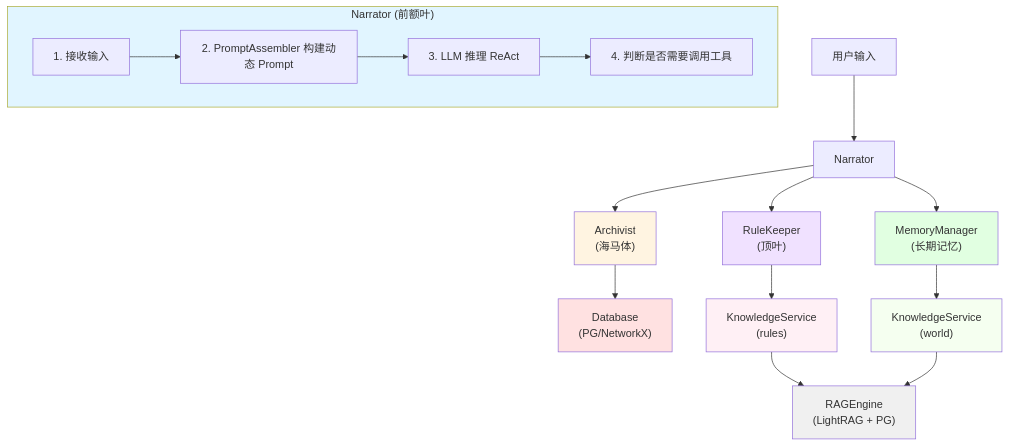
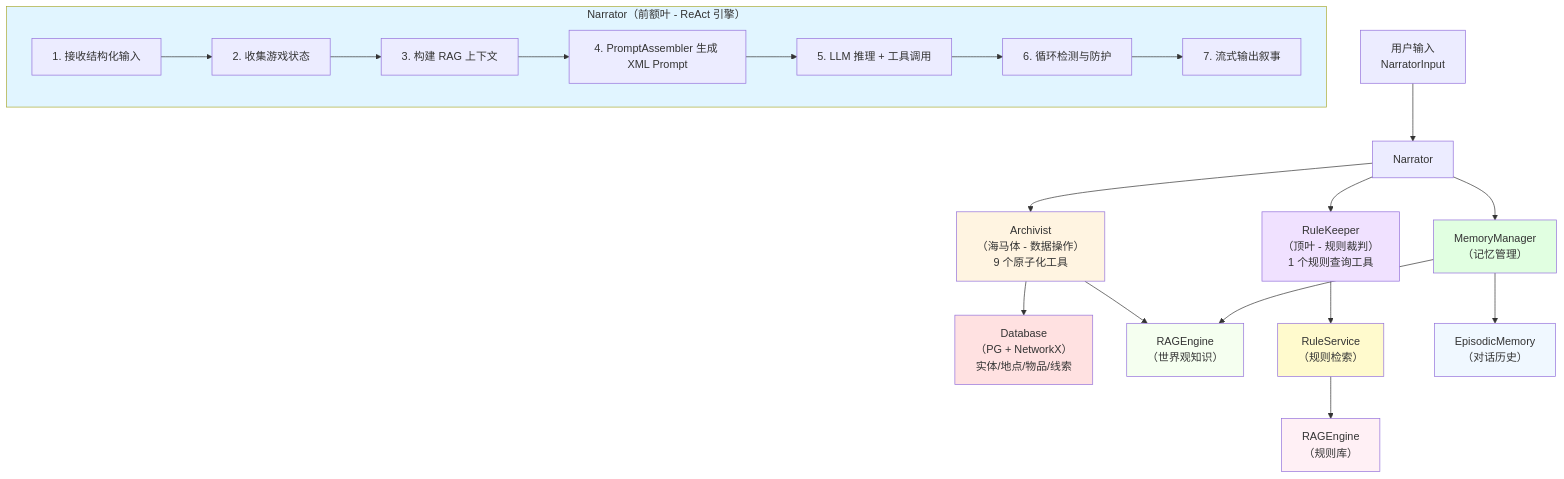
Before and after one commit to pineoncellar/glyphkeeper: the diagram in src/agents/README.md, drawn with Mermaid. The commit also changed other lines of this file, not shown here.

````diff
--- a/src/agents/README.md
+++ b/src/agents/README.md
@@ -224,33 +358,38 @@
 ```mermaid
 graph TD
-    User[用户输入] --> Narrator
+    User[用户输入<br/>NarratorInput] --> Narrator
     
-    subgraph NarratorBox["Narrator (前额叶)"]
-        Step1[1. 接收输入]
-        Step2[2. PromptAssembler 构建动态 Prompt]
-        Step3[3. LLM 推理 ReAct]
-        Step4[4. 判断是否需要调用工具]
-        Step1 --> Step2 --> Step3 --> Step4
+    subgraph NarratorBox["Narrator（前额叶 - ReAct 引擎）"]
+        Step1[1. 接收结构化输入]
+        Step2[2. 收集游戏状态]
+        Step3[3. 构建 RAG 上下文]
+        Step4[4. PromptAssembler 生成 XML Prompt]
+        Step5[5. LLM 推理 + 工具调用]
+        Step6[6. 循环检测与防护]
+        Step7[7. 流式输出叙事]
+        Step1 --> Step2 --> Step3 --> Step4 --> Step5 --> Step6 --> Step7
     end
     
-    Narrator --> Archivist["Archivist<br/>(海马体)"]
-    Narrator --> RuleKeeper["RuleKeeper<br/>(顶叶)"]
-    Narrator --> MemoryManager["MemoryManager<br/>(长期记忆)"]
+    Narrator --> Archivist["Archivist<br/>（海马体 - 数据操作）<br/>9 个原子化工具"]
+    Narrator --> RuleKeeper["RuleKeeper<br/>（顶叶 - 规则裁判）<br/>1 个规则查询工具"]
+    Narrator --> MemoryManager["MemoryManager<br/>（记忆管理）"]
     
-    Archivist --> Database["Database<br/>(PG/NetworkX)"]
+    Archivist --> Database["Database<br/>（PG + NetworkX）<br/>实体/地点/物品/线索"]
+    Archivist --> RAGWorld["RAGEngine<br/>（世界观知识）"]
     
-    RuleKeeper --> KSRules["KnowledgeService<br/>(rules)"]
-    MemoryManager --> KSWorld["KnowledgeService<br/>(world)"]
+    RuleKeeper --> RuleService["RuleService<br/>（规则检索）"]
+    RuleService --> RAGRules["RAGEngine<br/>（规则库）"]
     
-    KSRules --> RAG["RAGEngine<br/>(LightRAG + PG)"]
-    KSWorld --> RAG
+    MemoryManager --> EpisodicMemory["EpisodicMemory<br/>（对话历史）"]
+    MemoryManager --> RAGWorld
     
     style NarratorBox fill:#e1f5ff
     style Archivist fill:#fff4e1
     style RuleKeeper fill:#f0e1ff
     style MemoryManager fill:#e1ffe1
     style Database fill:#ffe1e1
-    style KSRules fill:#fff0f5
-    style KSWorld fill:#f5fff0
-    style RAG fill:#f0f0f0
+    style RAGWorld fill:#f5fff0
+    style RAGRules fill:#fff0f5
+    style RuleService fill:#fffacd
+    style EpisodicMemory fill:#f0f8ff
 ```
````
